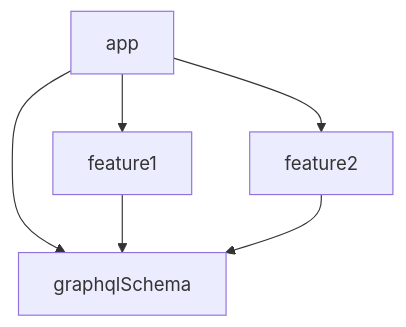
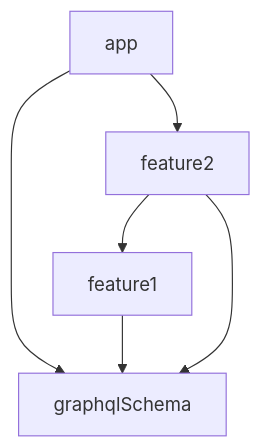
One commit to BoD/apollo-kotlin-template-multi-modules-and-services changed the diagram in README.md. Above: the diagram before and after it, drawn with Mermaid. The commit also changed other lines of this file and 2 other files, not shown here.

Commit message:
Make feature2 depend on feature1

````diff
--- a/README.md
+++ b/README.md
@@ -8,8 +8,8 @@
 ```mermaid
   graph TD;
       app-->graphqlSchema;
-      app-->feature1;
       app-->feature2;
+      feature2-->feature1;
       feature1-->graphqlSchema;
       feature2-->graphqlSchema;
 ```
````
